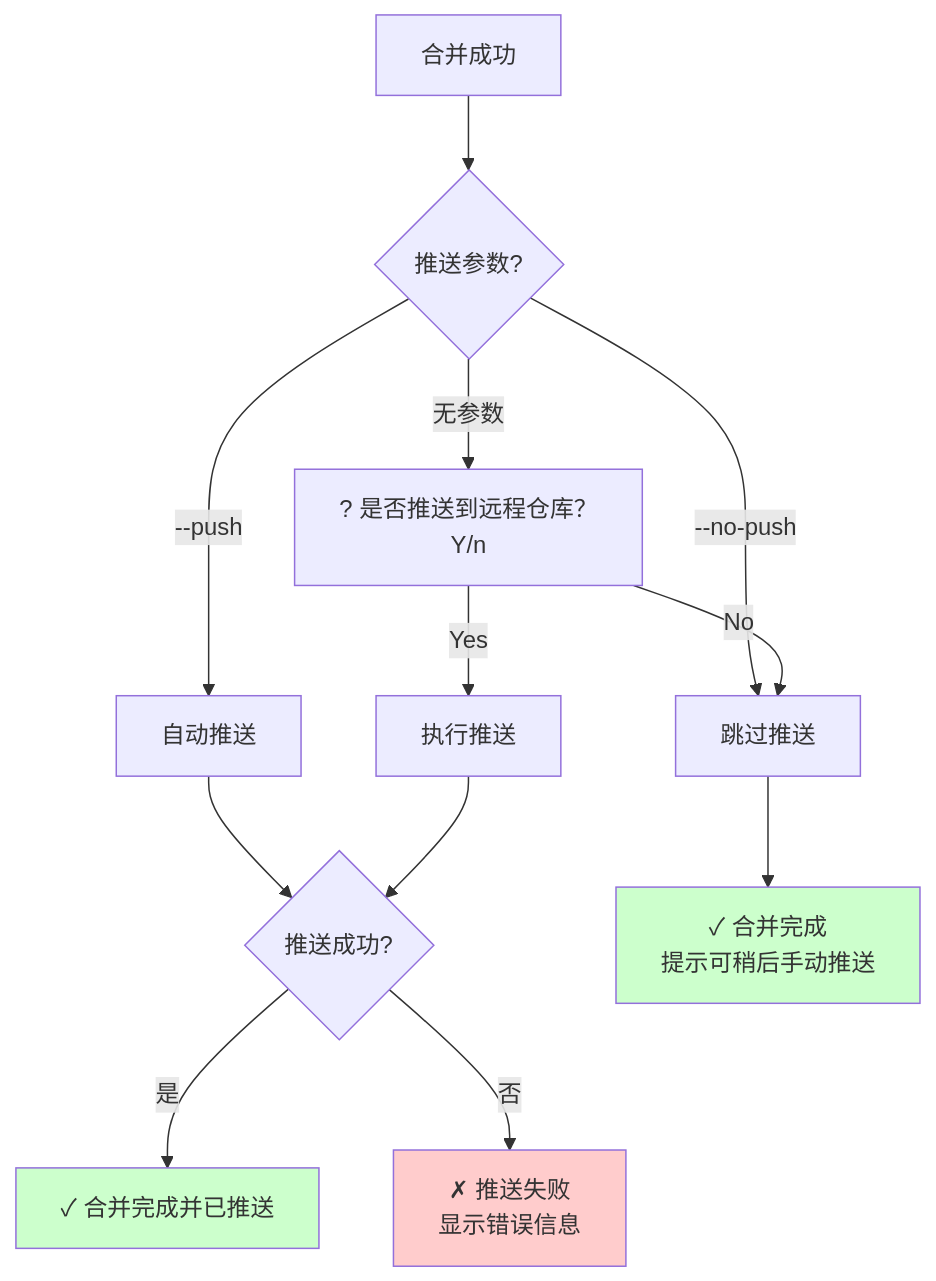
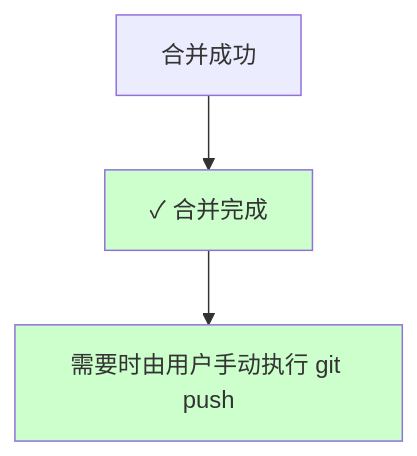
The sixth of 6 diagrams in docs/zh-CN/develop/design/commands/design-merge-command.md (colin-han/colyn), drawn with Mermaid before and after one commit. The commit also changed other lines of this file and 6 other files, not shown here.

````diff
--- a/docs/zh-CN/develop/design/commands/design-merge-command.md
+++ b/docs/zh-CN/develop/design/commands/design-merge-command.md
@@ -377,23 +368,8 @@
 ```mermaid
 graph TD
-    MergeSuccess[合并成功] --> CheckFlag{推送参数?}
+    MergeSuccess[合并成功] --> Done[✓ 合并完成]
+    Done --> Hint[需要时由用户手动执行 git push]
 
-    CheckFlag -->|--push| AutoPush[自动推送]
-    CheckFlag -->|--no-push| SkipPush[跳过推送]
-    CheckFlag -->|无参数| AskUser[? 是否推送到远程仓库？<br/>Y/n]
-
-    AskUser -->|Yes| ManualPush[执行推送]
-    AskUser -->|No| SkipPush
-
-    AutoPush --> PushResult{推送成功?}
-    ManualPush --> PushResult
-
-    PushResult -->|是| Success[✓ 合并完成并已推送]
-    PushResult -->|否| Error[✗ 推送失败<br/>显示错误信息]
-
-    SkipPush --> Done[✓ 合并完成<br/>提示可稍后手动推送]
-
-    style Success fill:#ccffcc
     style Done fill:#ccffcc
-    style Error fill:#ffcccc
+    style Hint fill:#ccffcc
 ```
````
